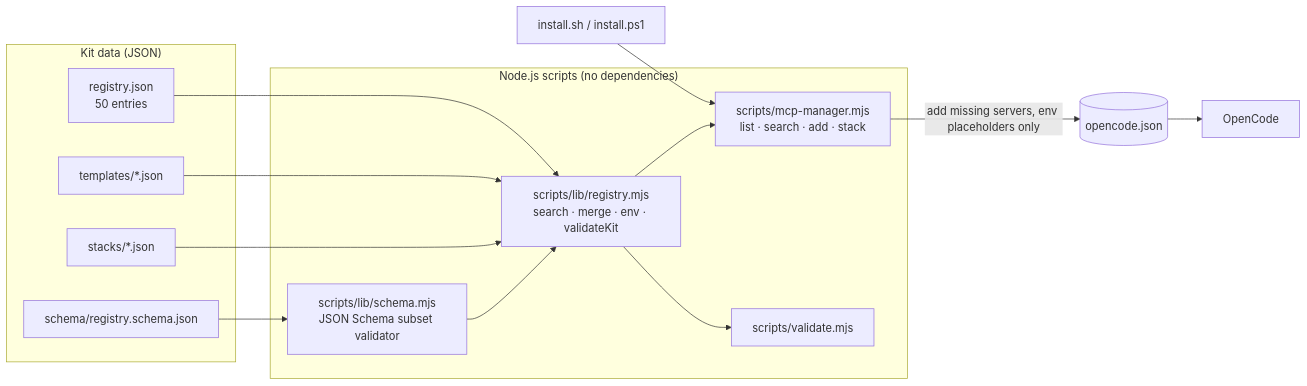
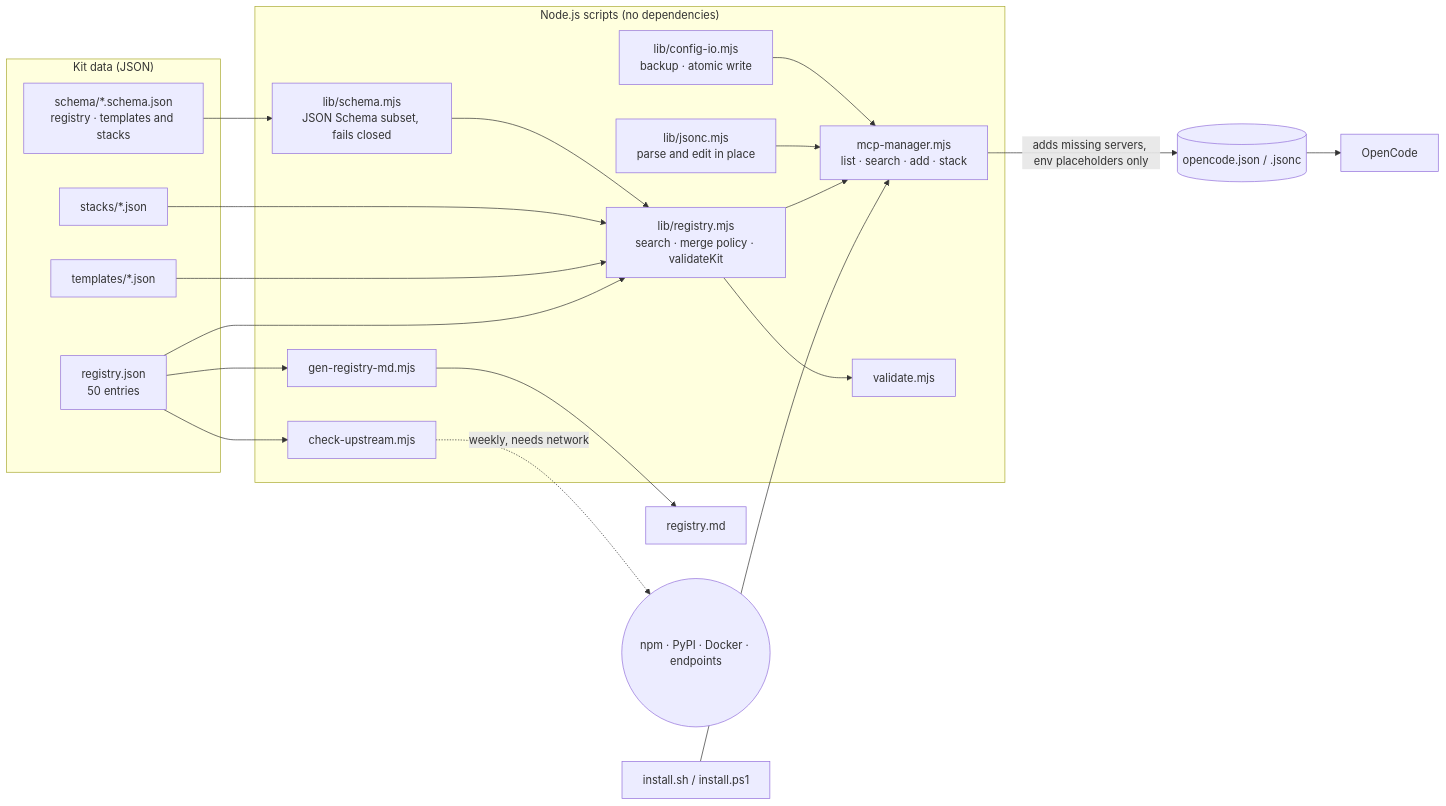
The diagram in README.md (ai-dev-2024/opencode-superapp), drawn with Mermaid before and after one commit. The commit also changed other lines of this file and 3 other files, not shown here.

````diff
--- a/README.md
+++ b/README.md
@@ -144,24 +180,33 @@
 ```mermaid
 flowchart LR
   subgraph Data["Kit data (JSON)"]
-    R[registry.json<br/>50 entries]
-    S[schema/registry.schema.json]
+    R["registry.json<br/>50 entries"]
+    S["schema/*.schema.json<br/>registry · templates and stacks"]
     T["templates/*.json"]
     K["stacks/*.json"]
   end
   subgraph Code["Node.js scripts (no dependencies)"]
-    L[scripts/lib/registry.mjs<br/>search · merge · env · validateKit]
-    V[scripts/lib/schema.mjs<br/>JSON Schema subset validator]
-    M[scripts/mcp-manager.mjs<br/>list · search · add · stack]
-    VA[scripts/validate.mjs]
+    V["lib/schema.mjs<br/>JSON Schema subset, fails closed"]
+    L["lib/registry.mjs<br/>search · merge policy · validateKit"]
+    J["lib/jsonc.mjs<br/>parse and edit in place"]
+    IO["lib/config-io.mjs<br/>backup · atomic write"]
+    M["mcp-manager.mjs<br/>list · search · add · stack"]
+    VA["validate.mjs"]
+    G["gen-registry-md.mjs"]
+    U["check-upstream.mjs"]
   end
-  I[install.sh / install.ps1] --> M
+  I["install.sh / install.ps1"] --> M
   R --> L
   T --> L
   K --> L
   S --> V --> L
   L --> M
   L --> VA
-  M -->|"add missing servers, env placeholders only"| O[("opencode.json")]
-  O --> OC[OpenCode]
+  J --> M
+  IO --> M
+  R --> G --> MD["registry.md"]
+  R --> U
+  U -.->|"weekly, needs network"| NET(("npm · PyPI · Docker · endpoints"))
+  M -->|"adds missing servers, env placeholders only"| O[("opencode.json / .jsonc")]
+  O --> OC["OpenCode"]
 ```
````
